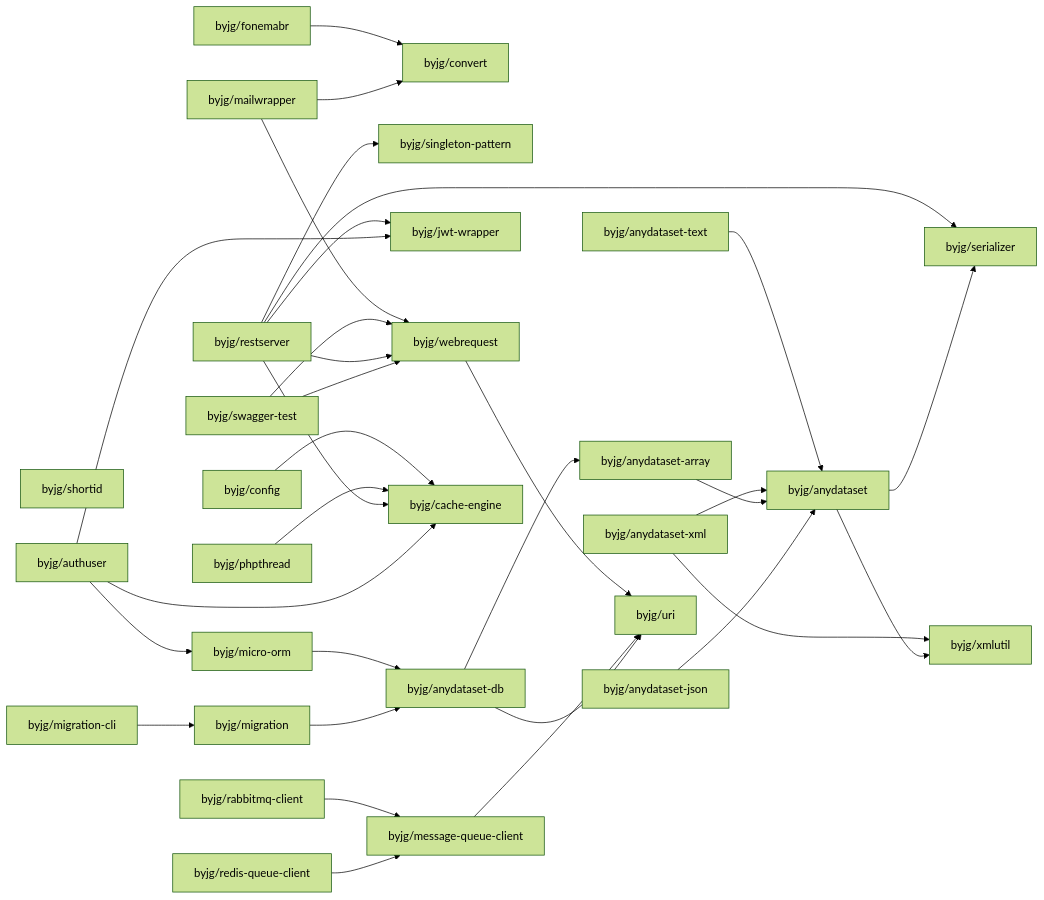
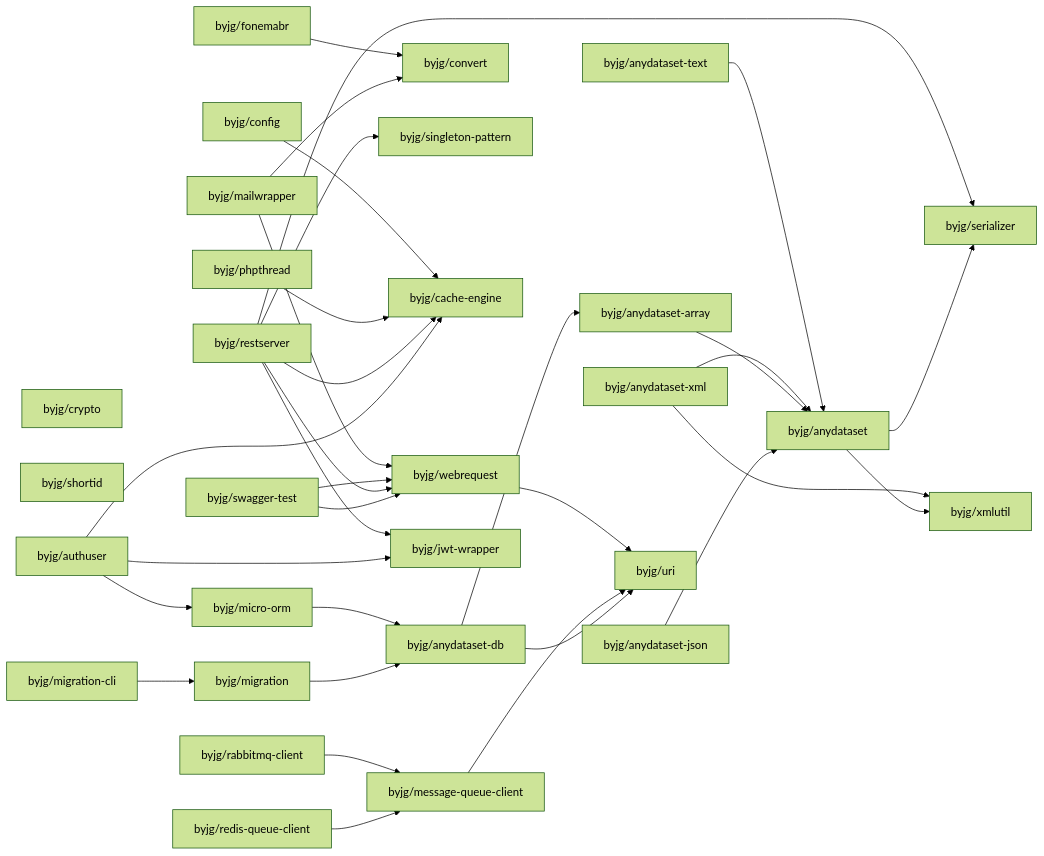
The diagram in php/README.md (byjg/byjg.github.io), drawn with Mermaid (forest theme) before and after one commit. The commit also changed 4 other files, not shown here.

````diff
--- a/php/README.md
+++ b/php/README.md
@@ -3,62 +3,63 @@
 ```mermaid
 graph LR;
+  byjg/rabbitmq-client;
+  byjg/mailwrapper;
+  byjg/swagger-test;
+  byjg/anydataset-xml;
+  byjg/phpthread;
+  byjg/redis-queue-client;
   byjg/anydataset-json;
-  byjg/anydataset-xml;
+  byjg/crypto;
+  byjg/anydataset-text;
   byjg/shortid;
-  byjg/phpthread;
-  byjg/anydataset-text;
+  byjg/authuser;
+  byjg/fonemabr;
   byjg/migration-cli;
-  byjg/fonemabr;
-  byjg/swagger-test;
-  byjg/mailwrapper;
+  byjg/config;
   byjg/restserver;
-  byjg/redis-queue-client;
-  byjg/authuser;
-  byjg/rabbitmq-client;
-  byjg/config;
+  byjg/message-queue-client;
+  byjg/micro-orm;
+  byjg/convert;
   byjg/migration;
-  byjg/convert;
   byjg/singleton-pattern;
+  byjg/cache-engine;
   byjg/webrequest;
-  byjg/micro-orm;
   byjg/jwt-wrapper;
-  byjg/message-queue-client;
-  byjg/cache-engine;
   byjg/anydataset-db;
   byjg/anydataset-array;
   byjg/uri;
   byjg/anydataset;
   byjg/serializer;
   byjg/xmlutil;
   byjg/fonemabr --> byjg/convert;
   byjg/config --> byjg/cache-engine;
   byjg/anydataset-text --> byjg/anydataset;
   byjg/webrequest --> byjg/uri;
   byjg/rabbitmq-client --> byjg/message-queue-client;
   byjg/micro-orm --> byjg/anydataset-db;
   byjg/phpthread --> byjg/cache-engine;
   byjg/anydataset-xml --> byjg/anydataset;
   byjg/anydataset-xml --> byjg/xmlutil;
   byjg/anydataset-array --> byjg/anydataset;
   byjg/mailwrapper --> byjg/convert;
   byjg/mailwrapper --> byjg/webrequest;
   byjg/message-queue-client --> byjg/uri;
   byjg/anydataset-db --> byjg/anydataset-array;
   byjg/anydataset-db --> byjg/uri;
   byjg/anydataset-json --> byjg/anydataset;
   byjg/migration --> byjg/anydataset-db;
   byjg/swagger-test --> byjg/webrequest;
   byjg/redis-queue-client --> byjg/message-queue-client;
   byjg/restserver --> byjg/serializer;
   byjg/restserver --> byjg/singleton-pattern;
   byjg/restserver --> byjg/cache-engine;
   byjg/restserver --> byjg/webrequest;
   byjg/restserver --> byjg/jwt-wrapper;
   byjg/authuser --> byjg/micro-orm;
   byjg/authuser --> byjg/cache-engine;
   byjg/authuser --> byjg/jwt-wrapper;
   byjg/swagger-test --> byjg/webrequest;
   byjg/migration-cli --> byjg/migration;
   byjg/anydataset --> byjg/serializer;
   byjg/anydataset --> byjg/xmlutil;
 ```
````
